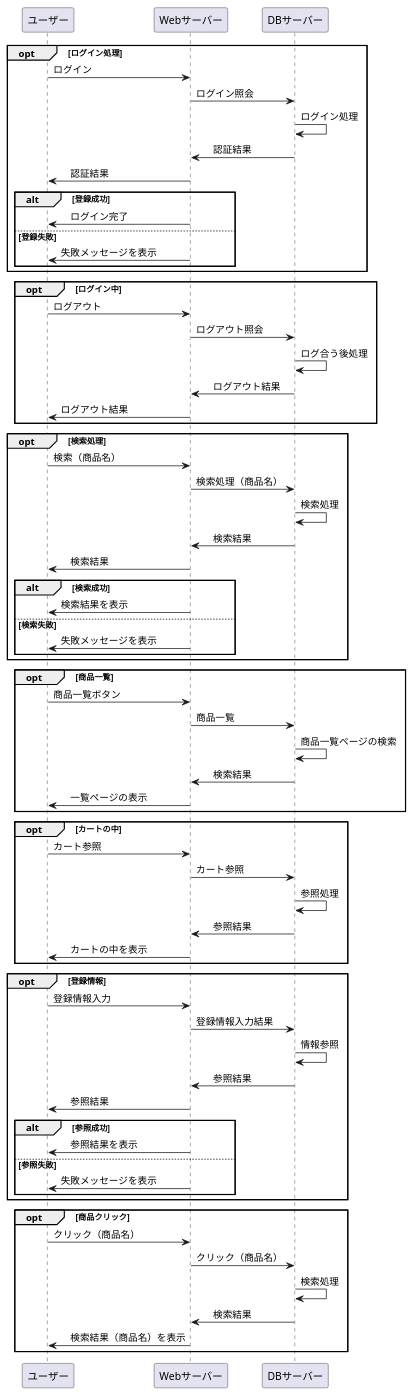
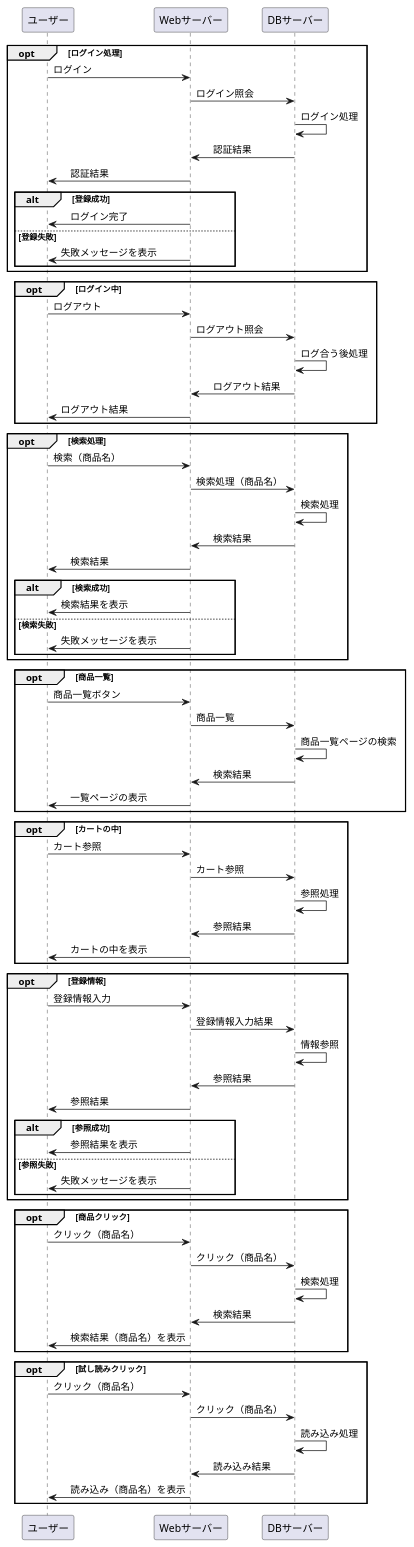
One commit to Aso2001183/2021sys-design changed the diagram in original_gh.md. Above: the diagram before and after it, drawn with PlantUML.

````diff
--- a/original_gh.md
+++ b/original_gh.md
@@ -84,6 +84,15 @@
 
 end
 
+opt 試し読みクリック
+ユーザー -> Webサーバー : クリック（商品名）
+Webサーバー -> DBサーバー : クリック（商品名）
+DBサーバー -> DBサーバー : 読み込み処理
+DBサーバー -> Webサーバー :　読み込み結果
+Webサーバー -> ユーザー :　読み込み（商品名）を表示
+
+end
+
 
 @enduml
 ```
````
